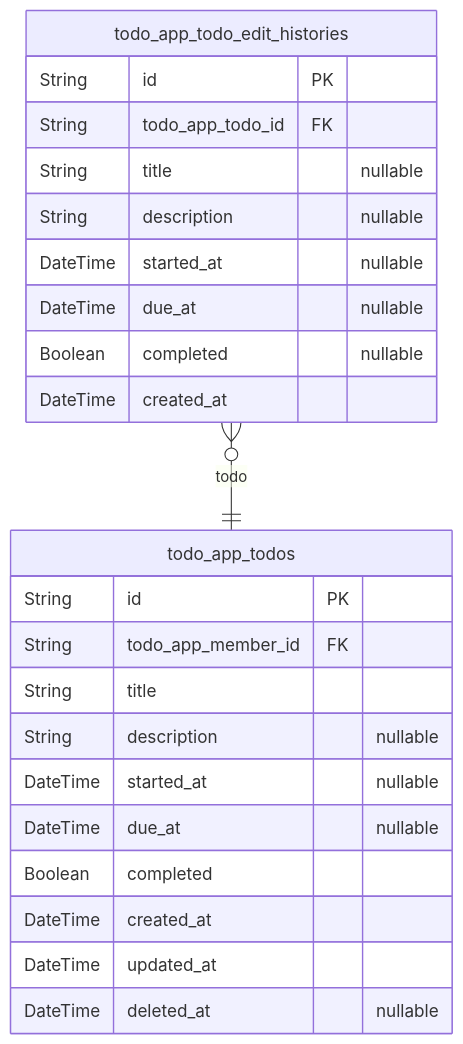
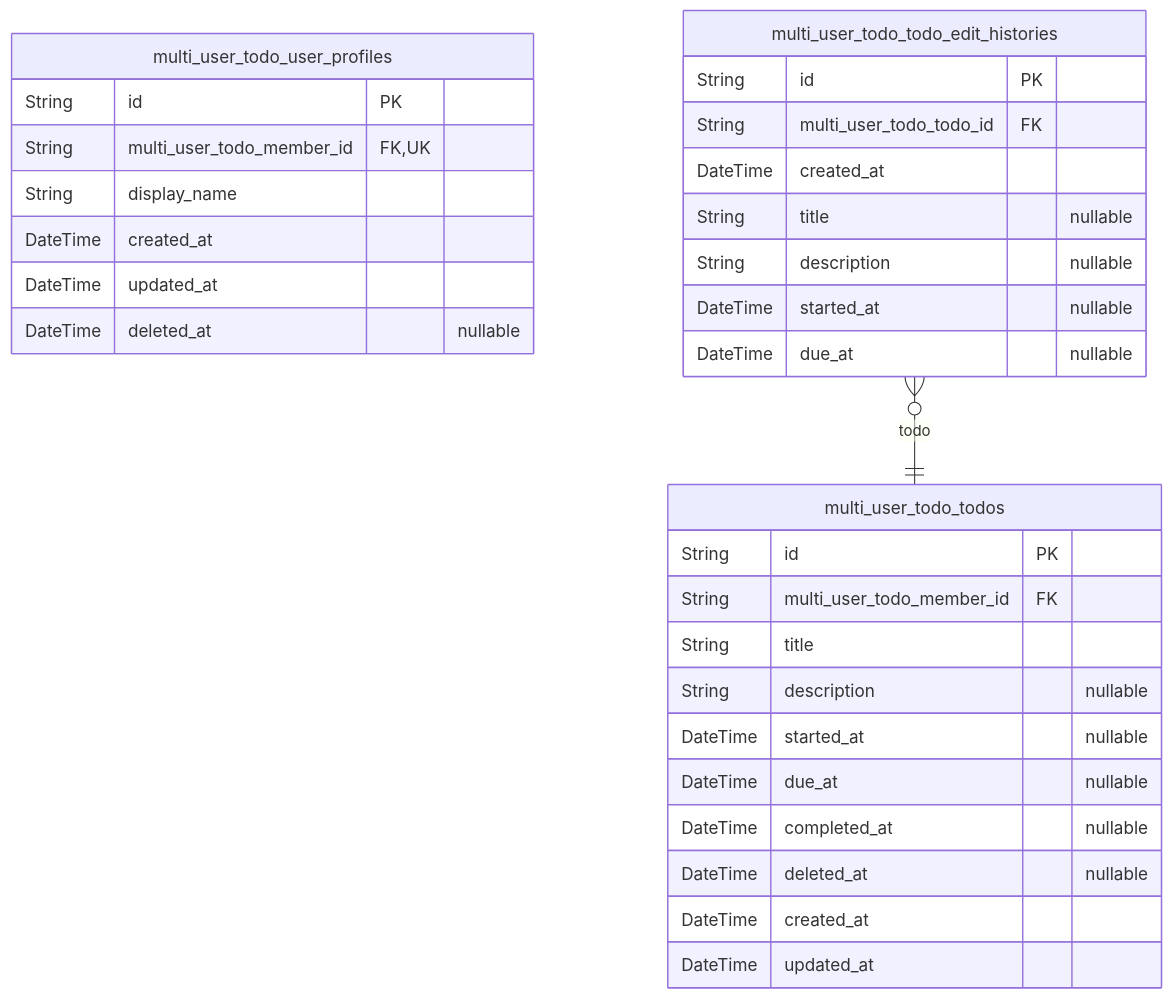
Before and after one commit to wrtnlabs/autobe-examples: the second of 2 diagrams in qwen/qwen3.5-397b-a17b/todo/docs/ERD.md, drawn with Mermaid. The commit also changed other lines of this file and 9017 other files, not shown here.

````diff
--- a/qwen/qwen3.5-397b-a17b/todo/docs/ERD.md
+++ b/qwen/qwen3.5-397b-a17b/todo/docs/ERD.md
@@ -245,26 +181,33 @@
 ```mermaid
 erDiagram
-"todo_app_todos" {
+"multi_user_todo_user_profiles" {
   String id PK
-  String todo_app_member_id FK
+  String multi_user_todo_member_id FK,UK
+  String display_name
+  DateTime created_at
+  DateTime updated_at
+  DateTime deleted_at "nullable"
+}
+"multi_user_todo_todos" {
+  String id PK
+  String multi_user_todo_member_id FK
   String title
   String description "nullable"
   DateTime started_at "nullable"
   DateTime due_at "nullable"
-  Boolean completed
+  DateTime completed_at "nullable"
+  DateTime deleted_at "nullable"
   DateTime created_at
   DateTime updated_at
-  DateTime deleted_at "nullable"
 }
-"todo_app_todo_edit_histories" {
+"multi_user_todo_todo_edit_histories" {
   String id PK
-  String todo_app_todo_id FK
+  String multi_user_todo_todo_id FK
+  DateTime created_at
   String title "nullable"
   String description "nullable"
   DateTime started_at "nullable"
   DateTime due_at "nullable"
-  Boolean completed "nullable"
-  DateTime created_at
 }
-"todo_app_todo_edit_histories" }o--|| "todo_app_todos" : todo
+"multi_user_todo_todo_edit_histories" }o--|| "multi_user_todo_todos" : todo
 ```
````
